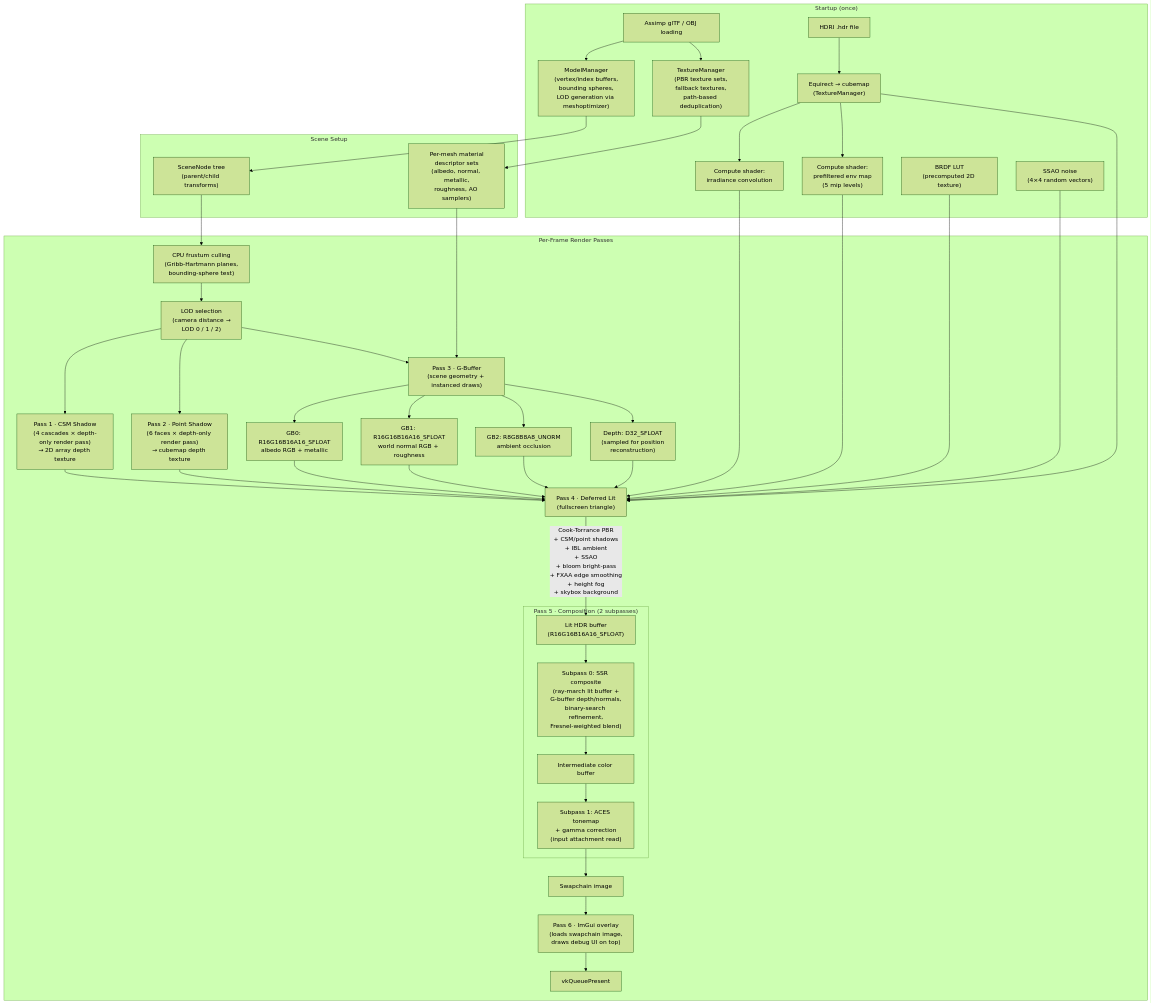
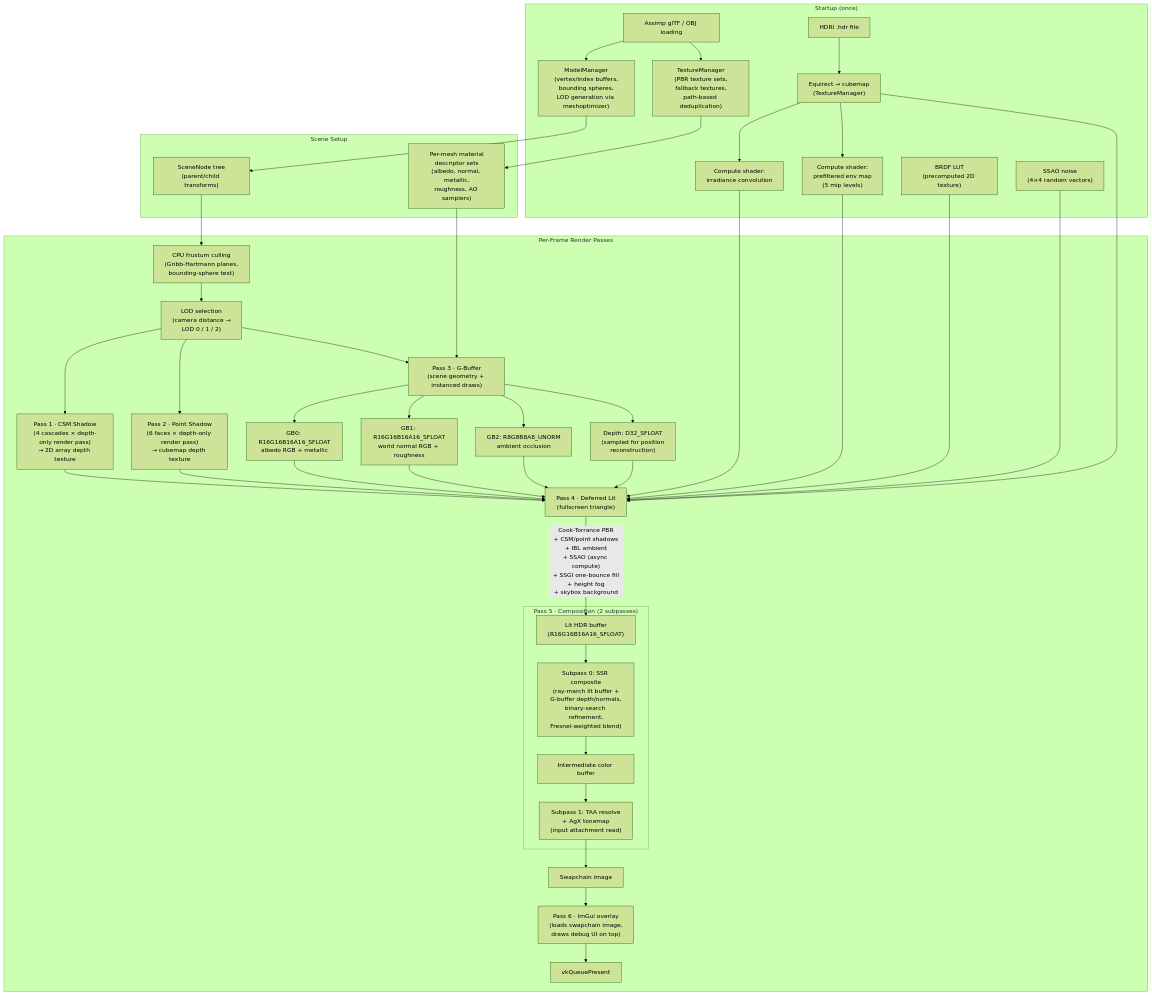
One commit to Wint3rNight/Heliora changed the diagram in README.md. Above: the diagram before and after it, drawn with Mermaid (forest theme). The commit also changed other lines of this file, not shown here.

````diff
--- a/README.md
+++ b/README.md
@@ -11,58 +11,58 @@
 ```mermaid
 flowchart TD
     subgraph STARTUP ["Startup (once)"]
         A["Assimp glTF / OBJ loading"] --> B["ModelManager\n(vertex/index buffers,\nbounding spheres,\nLOD generation via meshoptimizer)"]
         A --> C["TextureManager\n(PBR texture sets,\nfallback textures,\npath-based deduplication)"]
         H["HDRI .hdr file"] --> SKY["Equirect → cubemap\n(TextureManager)"]
         SKY --> IRR["Compute shader:\nirradiance convolution"]
         SKY --> PRE["Compute shader:\nprefiltered env map\n(5 mip levels)"]
         LUT["BRDF LUT\n(precomputed 2D texture)"]
         NOISE["SSAO noise\n(4×4 random vectors)"]
     end
 
     subgraph SCENE ["Scene Setup"]
         B --> SG["SceneNode tree\n(parent/child transforms)"]
         C --> MAT["Per-mesh material\ndescriptor sets\n(albedo, normal, metallic,\nroughness, AO samplers)"]
     end
 
     subgraph FRAME ["Per-Frame Render Passes"]
         SG --> CULL["CPU frustum culling\n(Gribb-Hartmann planes,\nbounding-sphere test)"]
         CULL --> LOD["LOD selection\n(camera distance →\nLOD 0 / 1 / 2)"]
 
         LOD --> CSM["Pass 1 · CSM Shadow\n(4 cascades × depth-only render pass)\n→ 2D array depth texture"]
         LOD --> PT["Pass 2 · Point Shadow\n(6 faces × depth-only render pass)\n→ cubemap depth texture"]
         LOD --> GB["Pass 3 · G-Buffer\n(scene geometry + instanced draws)"]
 
         GB --> GB0["GB0: R16G16B16A16_SFLOAT\nalbedo RGB + metallic"]
         GB --> GB1["GB1: R16G16B16A16_SFLOAT\nworld normal RGB + roughness"]
         GB --> GB2["GB2: R8G8B8A8_UNORM\nambient occlusion"]
         GB --> DEP["Depth: D32_SFLOAT\n(sampled for position\nreconstruction)"]
 
         GB0 --> LIT["Pass 4 · Deferred Lit\n(fullscreen triangle)"]
         GB1 --> LIT
         GB2 --> LIT
         DEP --> LIT
         CSM --> LIT
         PT --> LIT
         IRR --> LIT
         PRE --> LIT
         LUT --> LIT
         NOISE --> LIT
         SKY --> LIT
 
-        LIT --> |"Cook-Torrance PBR\n+ CSM/point shadows\n+ IBL ambient\n+ SSAO\n+ bloom bright-pass\n+ FXAA edge smoothing\n+ height fog\n+ skybox background"| LITBUF["Lit HDR buffer\n(R16G16B16A16_SFLOAT)"]
+        LIT --> |"Cook-Torrance PBR\n+ CSM/point shadows\n+ IBL ambient\n+ SSAO (async compute)\n+ SSGI one-bounce fill\n+ height fog\n+ skybox background"| LITBUF["Lit HDR buffer\n(R16G16B16A16_SFLOAT)"]
 
         subgraph COMP ["Pass 5 · Composition (2 subpasses)"]
             LITBUF --> SSR["Subpass 0: SSR composite\n(ray-march lit buffer +\nG-buffer depth/normals,\nbinary-search refinement,\nFresnel-weighted blend)"]
             SSR --> COLBUF["Intermediate color buffer"]
-            COLBUF --> TONE["Subpass 1: ACES tonemap\n+ gamma correction\n(input attachment read)"]
+            COLBUF --> TONE["Subpass 1: TAA resolve\n+ AgX tonemap\n(input attachment read)"]
         end
 
         TONE --> SWAP["Swapchain image"]
 
         SWAP --> IMGUI["Pass 6 · ImGui overlay\n(loads swapchain image,\ndraws debug UI on top)"]
         IMGUI --> PRESENT["vkQueuePresent"]
     end
 
     MAT --> GB
 ```
````
